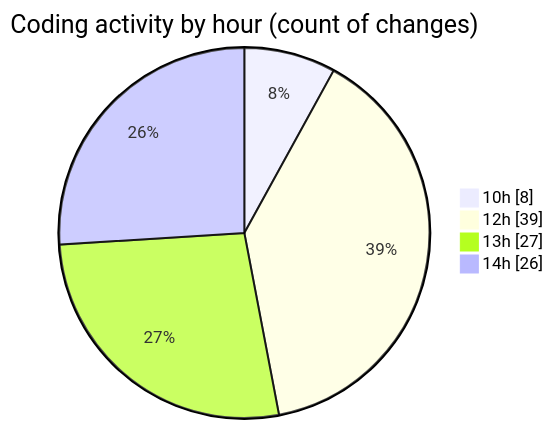
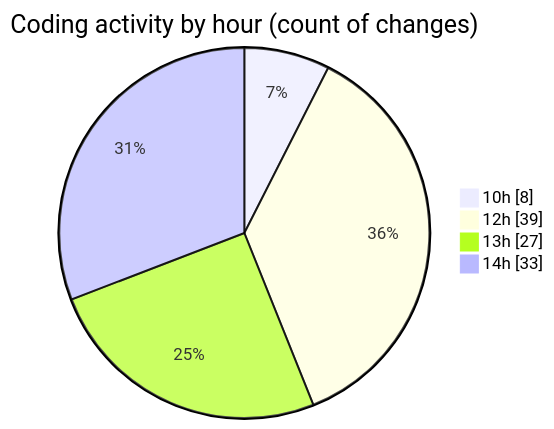
Before and after one commit to momahboobian/code-tracking: the second of 2 diagrams in 2025-05-02/cda/README.md, drawn with Mermaid. The commit also changed other lines of this file and 1 other file, not shown here.

````diff
--- a/2025-05-02/cda/README.md
+++ b/2025-05-02/cda/README.md
@@ -40,8 +40,8 @@
 ```mermaid
 pie showData
 title Coding activity by hour (count of changes)
 "10h" : 8
 "12h" : 39
 "13h" : 27
-"14h" : 26
+"14h" : 33
 ```
````
